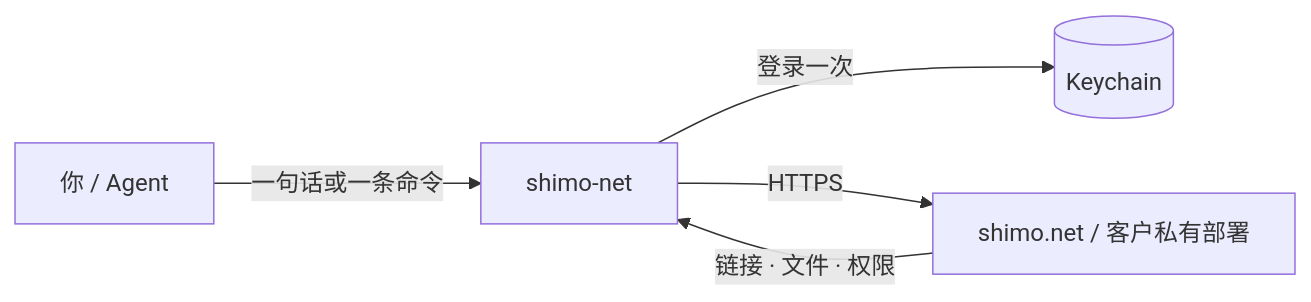
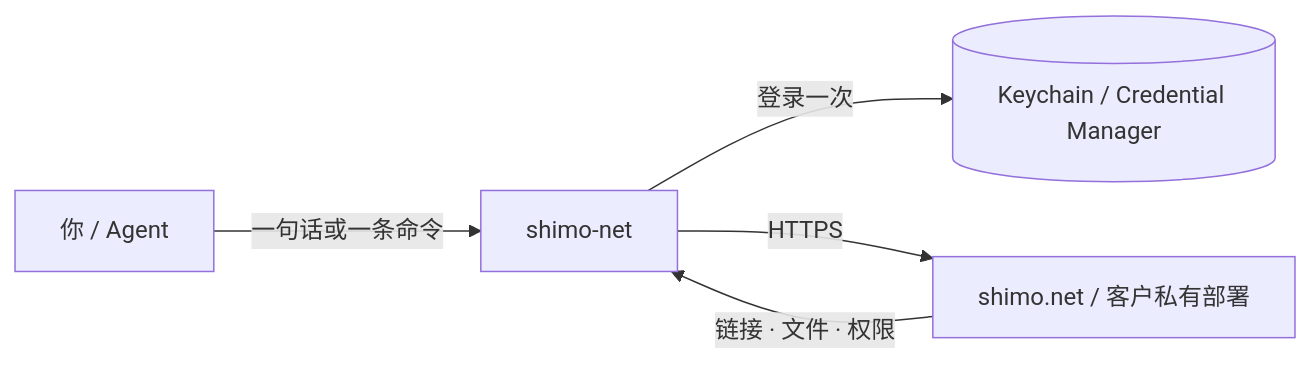
Before and after one commit to shimo-office/office-suites: the diagram in README.md, drawn with Mermaid. The commit also changed other lines of this file and 104 other files, not shown here.

````diff
--- a/README.md
+++ b/README.md
@@ -240,7 +248,7 @@
 ```mermaid
 flowchart LR
   U["你 / Agent"] -->|一句话或一条命令| C["shimo-net"]
-  C -->|登录一次| K[(Keychain)]
+  C -->|登录一次| K[(Keychain / Credential Manager)]
   C -->|HTTPS| S["shimo.net / 客户私有部署"]
   S -->|链接 · 文件 · 权限| C
 ```
````
